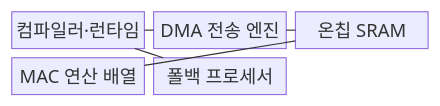
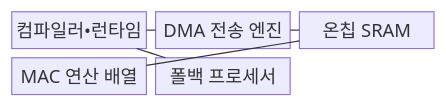
Before and after one commit to agnusdei1207/knowledge-base: the first of 2 diagrams in src/content/docs/notes/08-latest-tech/052_neural_processing_unit.md, drawn with Mermaid. The commit also changed other lines of this file and 953 other files, not shown here.

````diff
--- a/src/content/docs/notes/08-latest-tech/052_neural_processing_unit.md
+++ b/src/content/docs/notes/08-latest-tech/052_neural_processing_unit.md
@@ -76,13 +76,13 @@
 ```mermaid
 block-beta
   columns 3
-  A["컴파일러·런타임"]
+  A["컴파일러•런타임"]
   B["DMA 전송 엔진"]
   C["온칩 SRAM"]
   D["MAC 연산 배열"]
   E["폴백 프로세서"]
   A --- B
   B --- C
   C --- D
   A --- E
 ```
````
